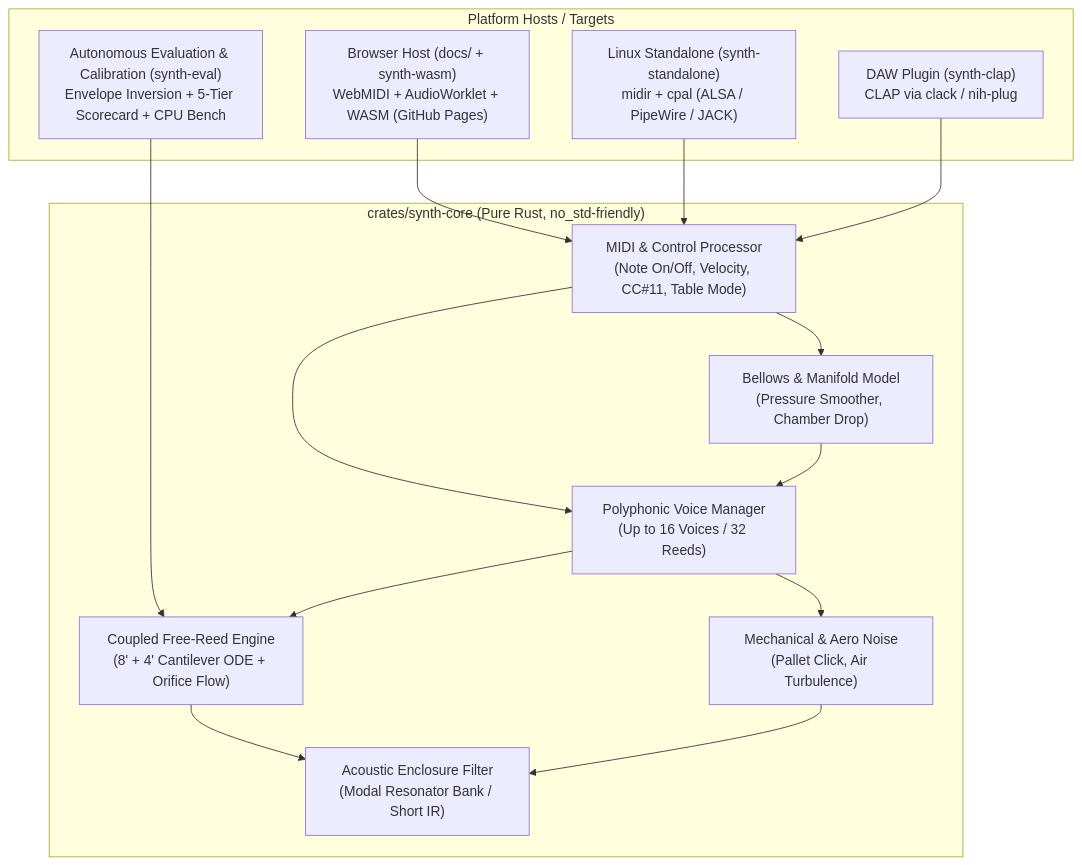
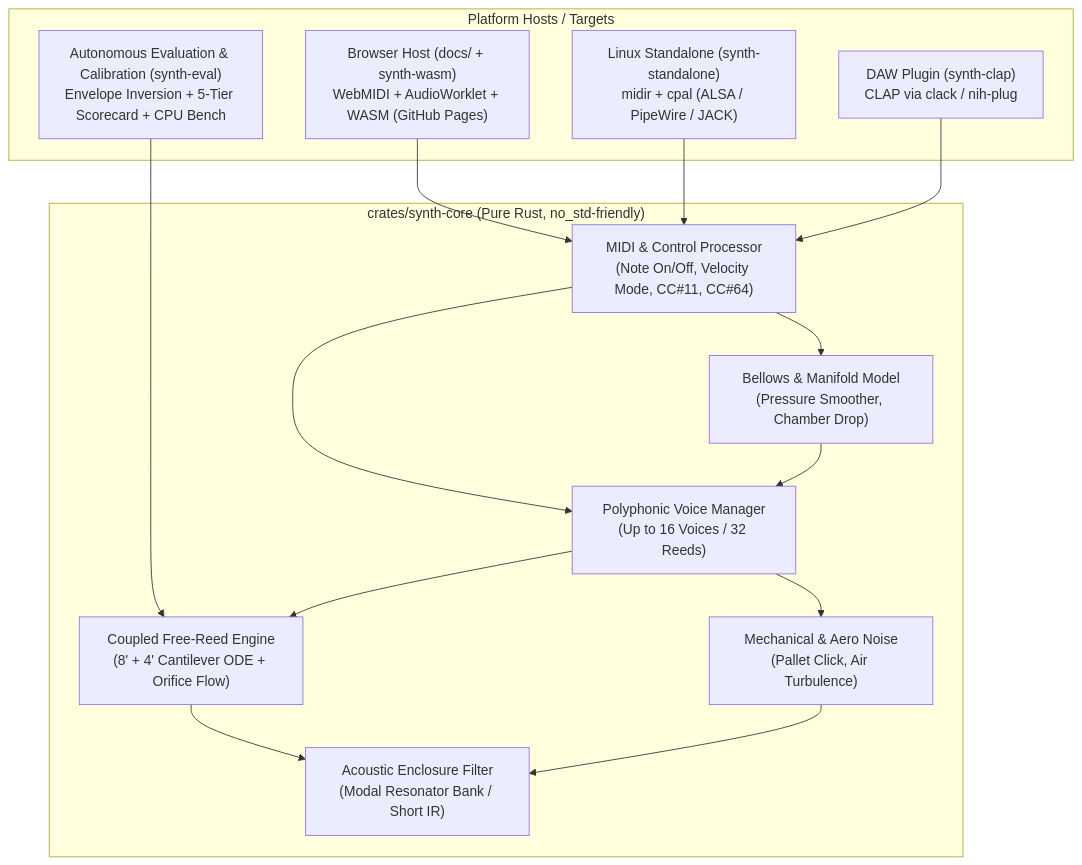
Before and after one commit to bandolibre/bandopm: the first of 2 diagrams in reference_doc/DESIGN.md, drawn with Mermaid. The commit also changed other lines of this file and 17 other files, not shown here.

````diff
--- a/reference_doc/DESIGN.md
+++ b/reference_doc/DESIGN.md
@@ -7,31 +7,31 @@
 ```mermaid
 flowchart TD
     subgraph Targets["Platform Hosts / Targets"]
         Web["Browser Host (docs/ + synth-wasm)\nWebMIDI + AudioWorklet + WASM (GitHub Pages)"]
         Linux["Linux Standalone (synth-standalone)\nmidir + cpal (ALSA / PipeWire / JACK)"]
         CLAP["DAW Plugin (synth-clap)\nCLAP via clack / nih-plug"]
         Calib["Autonomous Evaluation & Calibration (synth-eval)\nEnvelope Inversion + 5-Tier Scorecard + CPU Bench"]
     end
 
     subgraph Core["crates/synth-core (Pure Rust, no_std-friendly)"]
-        MIDI["MIDI & Control Processor\n(Note On/Off, Velocity, CC#11, Table Mode)"]
+        MIDI["MIDI & Control Processor\n(Note On/Off, Velocity Mode, CC#11, CC#64)"]
         Bellows["Bellows & Manifold Model\n(Pressure Smoother, Chamber Drop)"]
         VoiceMgr["Polyphonic Voice Manager\n(Up to 16 Voices / 32 Reeds)"]
         ReedDSP["Coupled Free-Reed Engine\n(8' + 4' Cantilever ODE + Orifice Flow)"]
         Noise["Mechanical & Aero Noise\n(Pallet Click, Air Turbulence)"]
         Body["Acoustic Enclosure Filter\n(Modal Resonator Bank / Short IR)"]
     end
 
     Web --> MIDI
     Linux --> MIDI
     CLAP --> MIDI
     Calib --> ReedDSP
 
     MIDI --> Bellows
     MIDI --> VoiceMgr
     Bellows --> VoiceMgr
     VoiceMgr --> ReedDSP
     VoiceMgr --> Noise
     ReedDSP --> Body
     Noise --> Body
 ```
````
